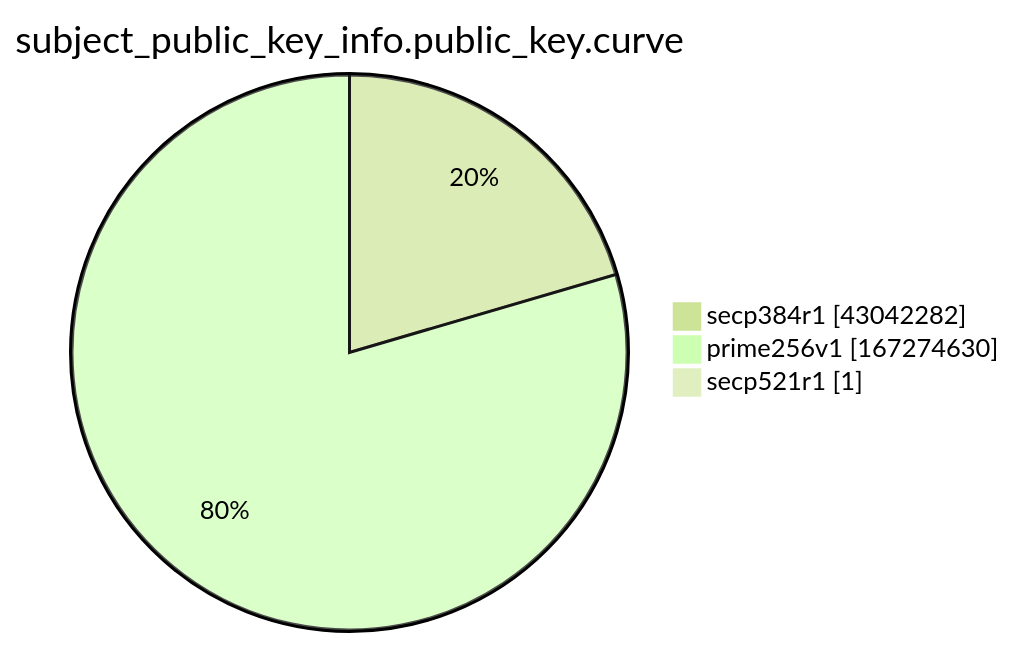
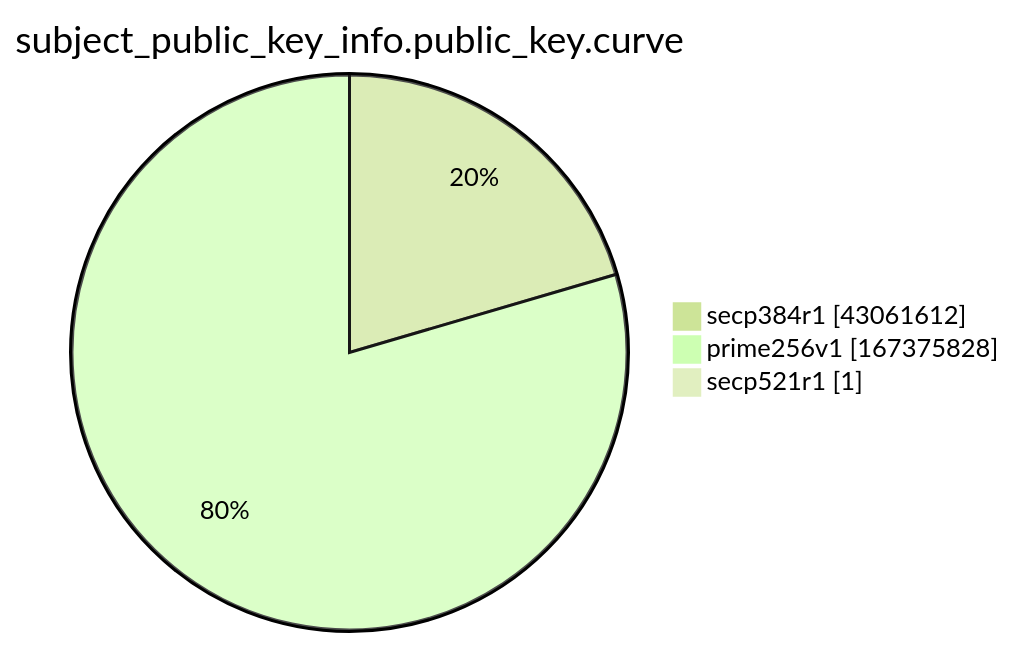
The ninth of 15 diagrams in xenon2022/README.md (christiankrug/ctmonitor_visualization), drawn with Mermaid (forest theme) before and after one commit. The commit also changed other lines of this file, not shown here.

````diff
--- a/xenon2022/README.md
+++ b/xenon2022/README.md
@@ -2869,7 +2869,7 @@
 ```mermaid
 pie showData
 title subject_public_key_info.public_key.curve
-"secp384r1" :43042282
-"prime256v1" :167274630
+"secp384r1" :43061612
+"prime256v1" :167375828
 "secp521r1" :1
 ```
````
